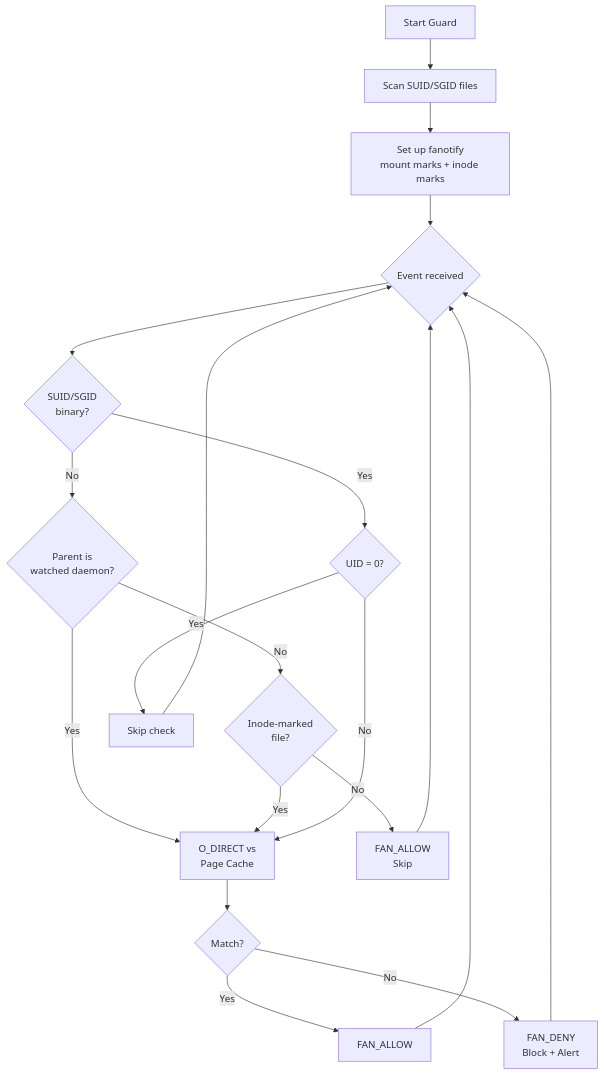
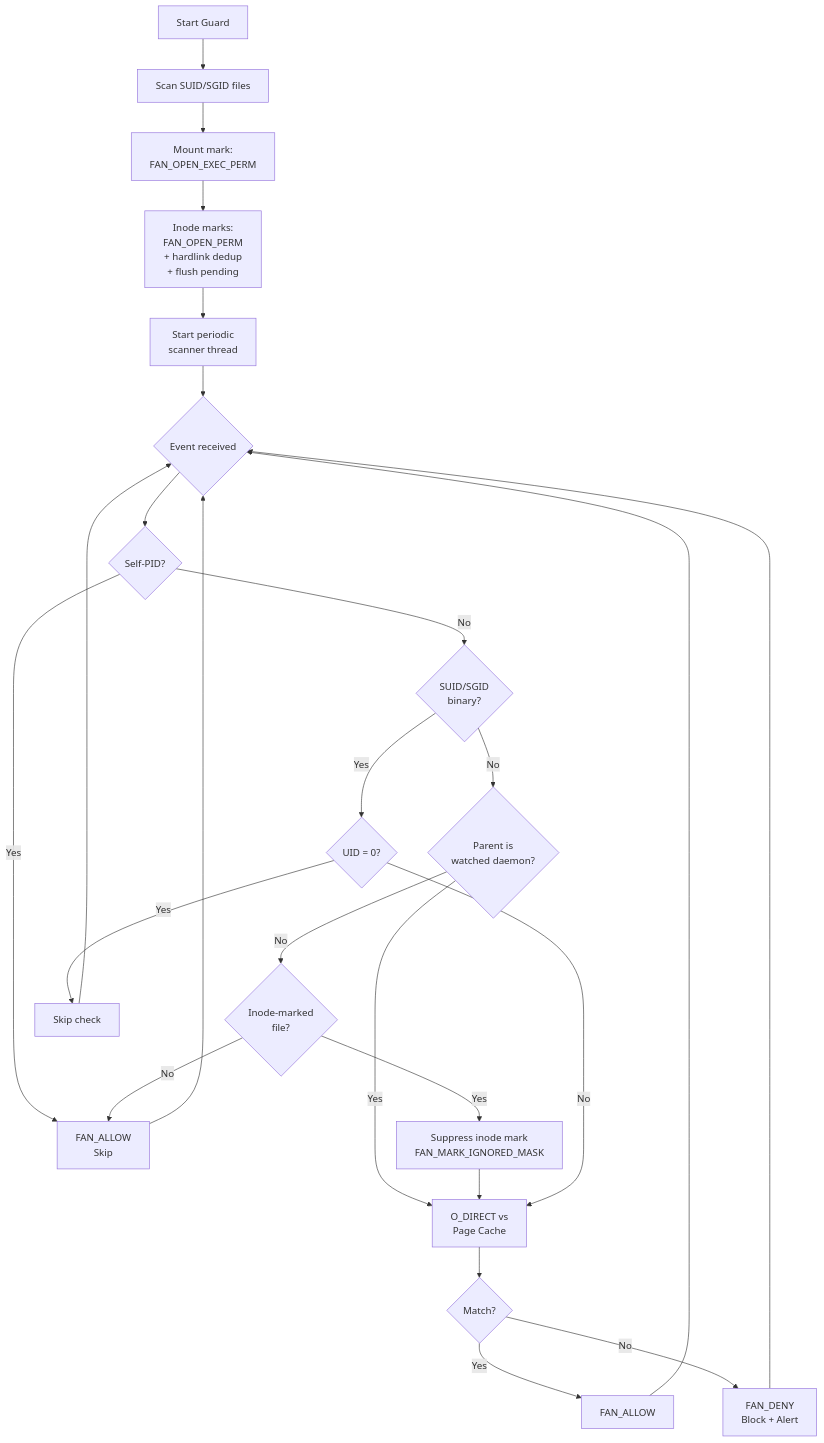
Before and after one commit to 0xlane/pagecache-guard: the diagram in README.md, drawn with Mermaid. The commit also changed other lines of this file and 1 other file, not shown here.

````diff
--- a/README.md
+++ b/README.md
@@ -52,28 +72,33 @@
 ```mermaid
 flowchart TD
     A[Start Guard] --> B[Scan SUID/SGID files]
-    B --> C[Set up fanotify\nmount marks + inode marks]
-    C --> D{Event received}
+    B --> C[Mount mark:\nFAN_OPEN_EXEC_PERM]
+    C --> C2[Inode marks:\nFAN_OPEN_PERM\n+ hardlink dedup\n+ flush pending]
+    C2 --> C3[Start periodic\nscanner thread]
+    C3 --> D{Event received}
 
-    D --> E{SUID/SGID\nbinary?}
+    D --> S{Self-PID?}
+    S -- Yes --> Q
+    S -- No --> E{SUID/SGID\nbinary?}
     E -- Yes --> G{UID = 0?}
     E -- No --> F{Parent is\nwatched daemon?}
 
     F -- Yes --> I
     F -- No --> P{Inode-marked\nfile?}
 
-    P -- Yes --> I
+    P -- Yes --> IM[Suppress inode mark\nFAN_MARK_IGNORED_MASK]
+    IM --> I
     P -- No --> Q[FAN_ALLOW\nSkip]
 
     G -- Yes --> H[Skip check]
     G -- No --> I[O_DIRECT vs\nPage Cache]
 
     I --> J{Match?}
     J -- Yes --> K[FAN_ALLOW]
     J -- No --> L[FAN_DENY\nBlock + Alert]
 
     Q --> D
     H --> D
     K --> D
     L --> D
 ```
````
